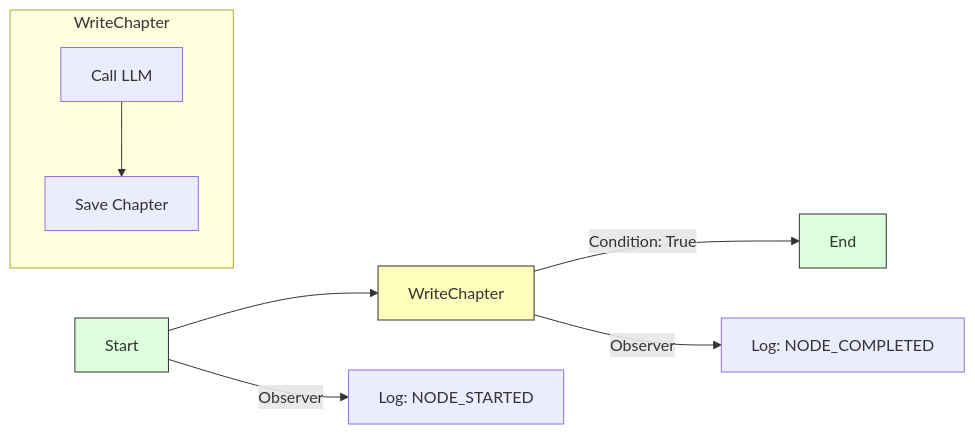
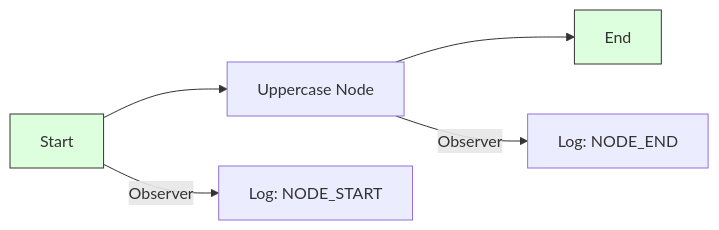
Before and after one commit to quantalogic/quantalogic: the third of 3 diagrams in README.md, drawn with Mermaid. The commit also changed other lines of this file and 2 other files, not shown here.

````diff
--- a/README.md
+++ b/README.md
@@ -433,13 +181,9 @@
 ```mermaid
 graph LR
-    A[Start] --> B[WriteChapter]
-    B -->|Condition: True| C[End]
-    subgraph WriteChapter
-        D[Call LLM] --> E[Save Chapter]
-    end
-    A -->|Observer| F[Log: NODE_STARTED]
-    B -->|Observer| G[Log: NODE_COMPLETED]
+    A[Start] --> B[Uppercase Node]
+    B --> C[End]
+    A -->|Observer| D[Log: NODE_START]
+    B -->|Observer| E[Log: NODE_END]
     style A fill:#dfd,stroke:#333
     style C fill:#dfd,stroke:#333
-    style B fill:#ffb,stroke:#333
 ```
````
